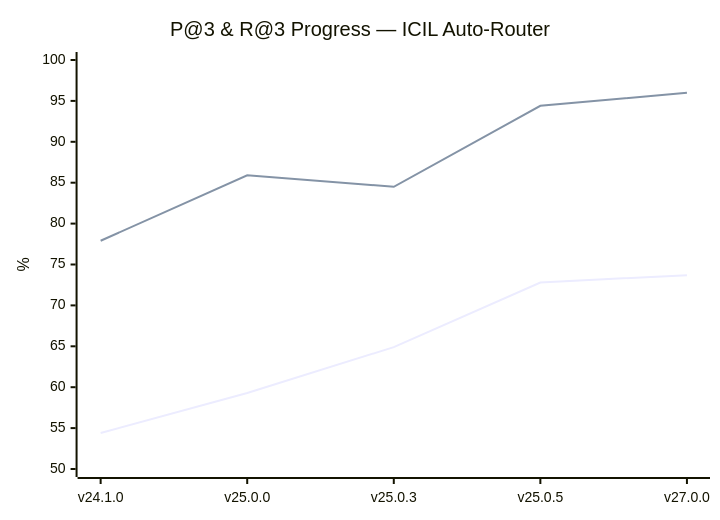
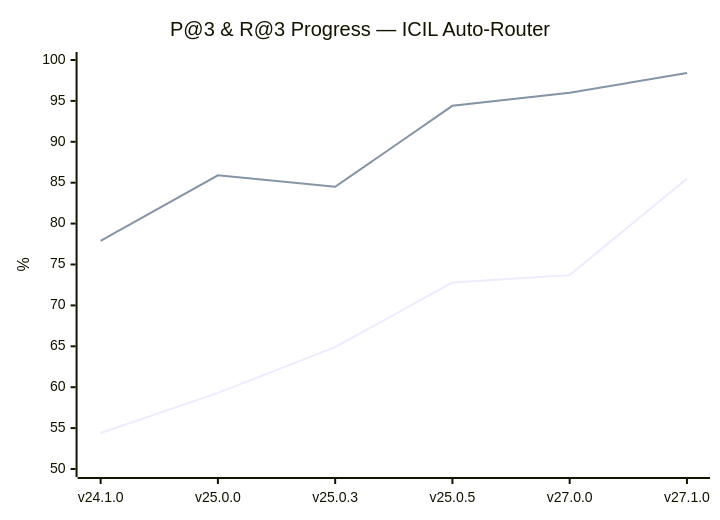
One commit to kandarlubis31/ICIL changed the first of 2 diagrams in README.md. Above: the diagram before and after it, drawn with Mermaid. The commit also changed other lines of this file and 1 other file, not shown here.

````diff
--- a/README.md
+++ b/README.md
@@ -63,8 +63,8 @@
 ```mermaid
 xychart-beta
   title "P@3 & R@3 Progress — ICIL Auto-Router"
-  x-axis ["v24.1.0", "v25.0.0", "v25.0.3", "v25.0.5", "v27.0.0"]
+  x-axis ["v24.1.0", "v25.0.0", "v25.0.3", "v25.0.5", "v27.0.0", "v27.1.0"]
   y-axis "%" 50 --> 100
-  line [54.4, 59.3, 64.9, 72.8, 73.7]
-  line [77.9, 85.9, 84.5, 94.4, 96.0]
+  line [54.4, 59.3, 64.9, 72.8, 73.7, 85.5]
+  line [77.9, 85.9, 84.5, 94.4, 96.0, 98.4]
 ```
````
